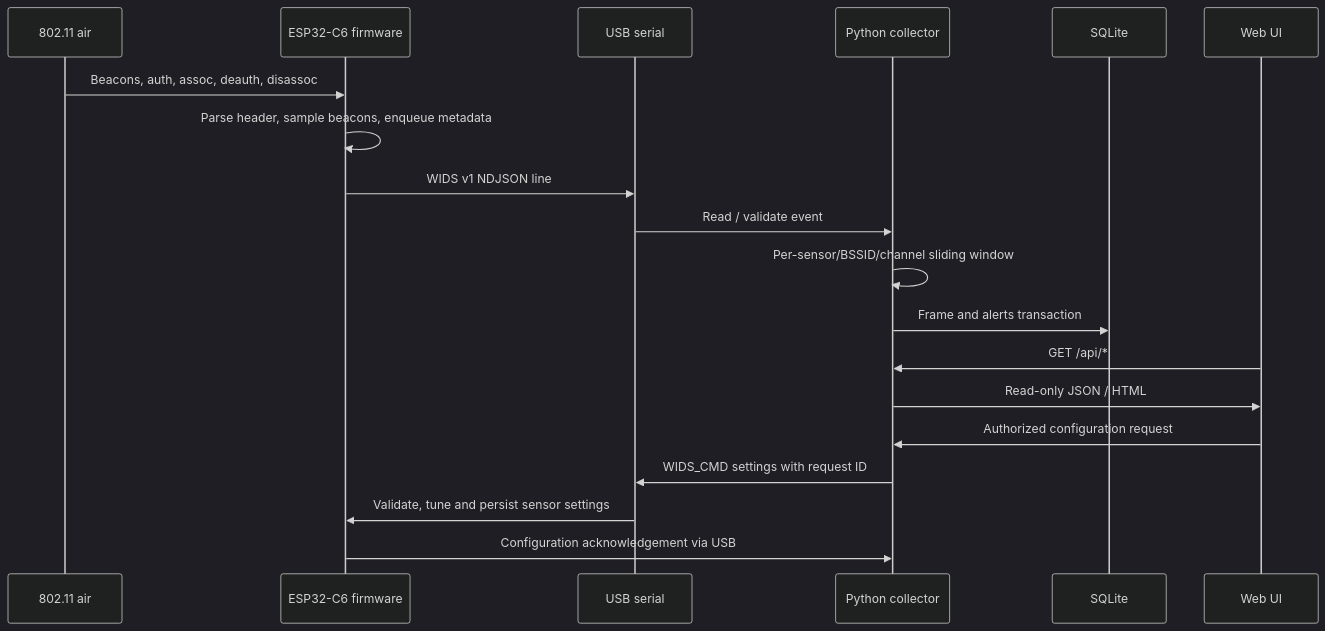
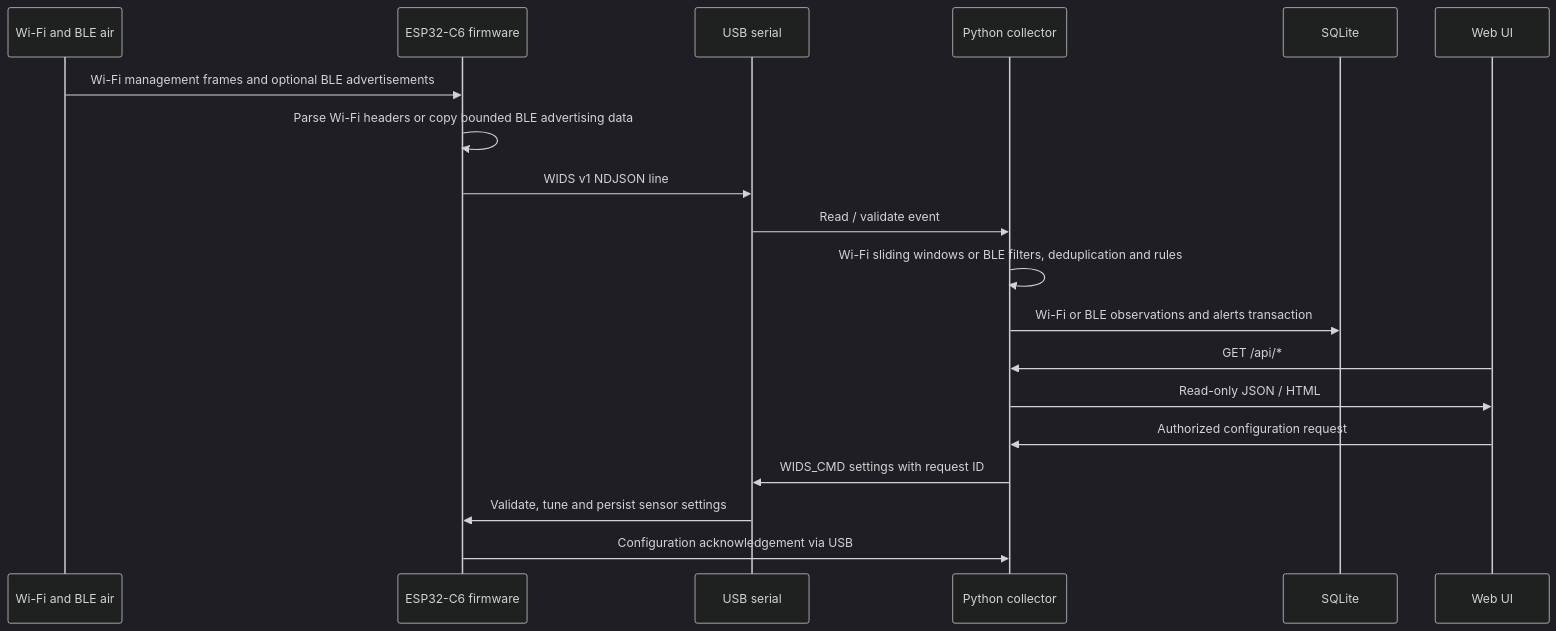
Before and after one commit to PurpleSentinel/WiFi-Sentinel: the diagram in docs/ARCHITECTURE.md, drawn with Mermaid (dark theme). The commit also changed other lines of this file and 39 other files, not shown here.

````diff
--- a/docs/ARCHITECTURE.md
+++ b/docs/ARCHITECTURE.md
@@ -9,21 +9,21 @@
 ```mermaid
 sequenceDiagram
-  participant RF as 802.11 air
+  participant RF as Wi-Fi and BLE air
   participant ESP as ESP32-C6 firmware
   participant USB as USB serial
   participant Pi as Python collector
   participant DB as SQLite
   participant Browser as Web UI
-  RF->>ESP: Beacons, auth, assoc, deauth, disassoc
-  ESP->>ESP: Parse header, sample beacons, enqueue metadata
+  RF->>ESP: Wi-Fi management frames and optional BLE advertisements
+  ESP->>ESP: Parse Wi-Fi headers or copy bounded BLE advertising data
   ESP->>USB: WIDS v1 NDJSON line
   USB->>Pi: Read / validate event
-  Pi->>Pi: Per-sensor/BSSID/channel sliding window
-  Pi->>DB: Frame and alerts transaction
+  Pi->>Pi: Wi-Fi sliding windows or BLE filters, deduplication and rules
+  Pi->>DB: Wi-Fi or BLE observations and alerts transaction
   Browser->>Pi: GET /api/*
   Pi->>Browser: Read-only JSON / HTML
   Browser->>Pi: Authorized configuration request
   Pi->>USB: WIDS_CMD settings with request ID
   USB->>ESP: Validate, tune and persist sensor settings
   ESP->>Pi: Configuration acknowledgement via USB
 ```
````
